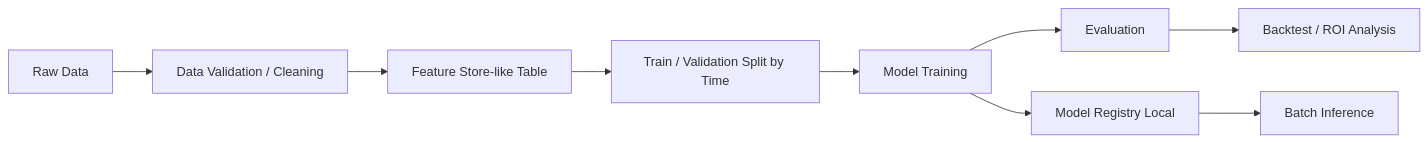
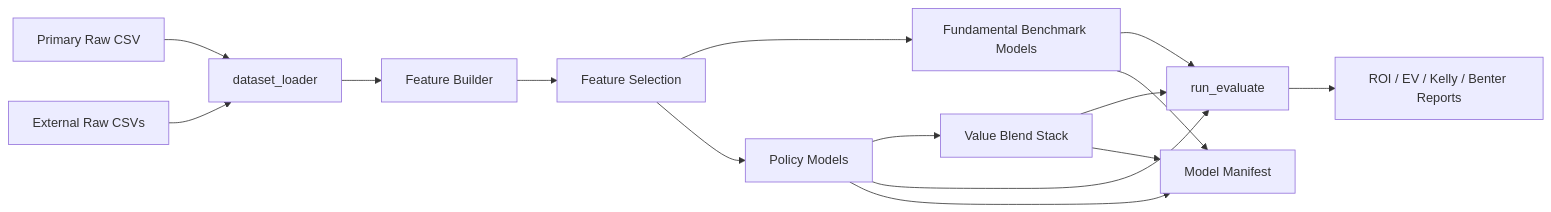
The diagram in docs/architecture.md (Npieju/nr-learn), drawn with Mermaid before and after one commit. The commit also changed other lines of this file and 1 other file, not shown here.

Commit message:
Document current architecture and fix GPU device labels

````diff
--- a/docs/architecture.md
+++ b/docs/architecture.md
@@ -16,11 +15,17 @@
 ```mermaid
 flowchart LR
-  A[Raw Data] --> B[Data Validation / Cleaning]
-  B --> C[Feature Store-like Table]
-  C --> D[Train / Validation Split by Time]
-  D --> E[Model Training]
-  E --> F[Evaluation]
-  F --> G[Backtest / ROI Analysis]
-  E --> H[Model Registry Local]
-  H --> I[Batch Inference]
+  A[Primary Raw CSV] --> B[dataset_loader]
+  A2[External Raw CSVs] --> B
+  B --> C[Feature Builder]
+  C --> D[Feature Selection]
+  D --> E1[Fundamental Benchmark Models]
+  D --> E2[Policy Models]
+  E2 --> F[Value Blend Stack]
+  E1 --> G[run_evaluate]
+  E2 --> G
+  F --> G
+  G --> H[ROI / EV / Kelly / Benter Reports]
+  E1 --> I[Model Manifest]
+  E2 --> I
+  F --> I
 ```
````
